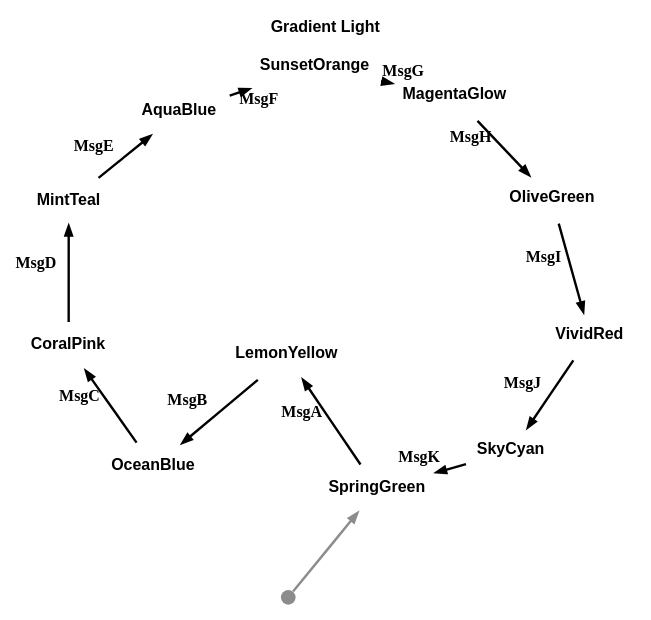
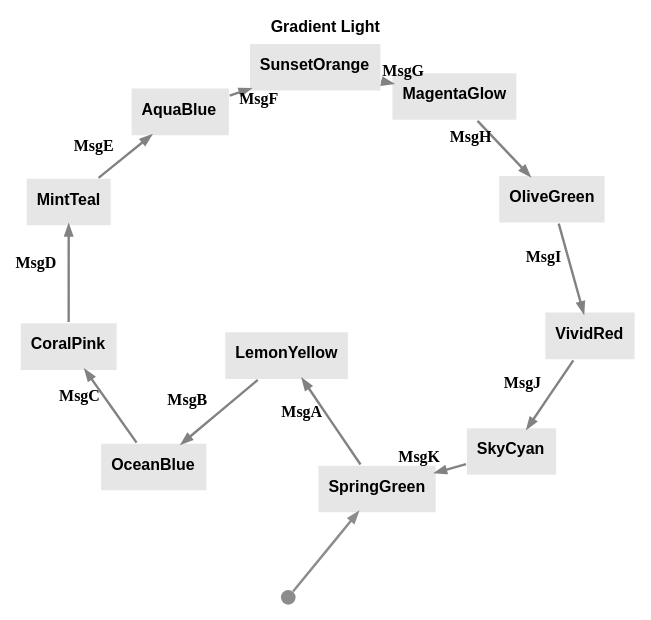
The diagram in graphs/themes/gradient-light.dot (m-bock/purescript-transit), drawn with Graphviz before and after one commit. The commit also changed 25 other files, not shown here.

Commit message:
Refactor graph definitions to enhance visual consistency by updating color attributes for nodes and edges across various dot and svg files. Adjust pen widths and color settings in the Door, Color Ring, and House of Santa Claus examples for improved clarity and aesthetics.

```diff
--- a/graphs/themes/gradient-light.dot
+++ b/graphs/themes/gradient-light.dot
@@ -1,29 +1,29 @@
 digraph 
 {
-rankdir = "TD";fontname = "Arial";label = <<b>Gradient Light</b>>;labelloc = "t";fontsize = 12;bgcolor = "#ffffff"
+rankdir = "TD";fontname = "Arial";label = <<b>Gradient Light</b>>;labelloc = "t";fontsize = 12;bgcolor = "#ffffff";fontcolor = "#000000"
 graph [layout=sfdp;overlap=false, K=2.5, repulsiveforce=4, splines=true];
-SpringGreen [shape = "box", label = <<b>SpringGreen</b>>, fontsize = 12, style = "filled", fillcolor = "#ffffff", fontcolor = "#000000", fontname = "Arial", labelloc = "c", penwidth = 0.0]
+SpringGreen [shape = "box", label = <<b>SpringGreen</b>>, fontsize = 12, style = "filled", fillcolor = "#e6e6e6", fontcolor = "#000000", color = "#ffffff", fontname = "Arial", labelloc = "c", penwidth = 1.0]
 __Start__ [shape = "circle", label = "", width = 0.15, height = 0.15, fixedsize = true, style = "filled", fillcolor = "#8c8c8c", penwidth = 0.0]
 __Start__ -> SpringGreen [color = "#8c8c8c", fontsize = 12, arrowsize = "0.7", penwidth = 1.8]
-SpringGreen -> LemonYellow [color = "#000000", fontcolor = "#000000", fontsize = 12, arrowsize = "0.7", label = <<b>MsgA</b>>, penwidth = 1.8]
-LemonYellow [shape = "box", label = <<b>LemonYellow</b>>, fontsize = 12, style = "filled", fillcolor = "#ffffff", fontcolor = "#000000", fontname = "Arial", labelloc = "c", penwidth = 0.0]
-LemonYellow -> OceanBlue [color = "#000000", fontcolor = "#000000", fontsize = 12, arrowsize = "0.7", label = <<b>MsgB</b>>, penwidth = 1.8]
-OceanBlue [shape = "box", label = <<b>OceanBlue</b>>, fontsize = 12, style = "filled", fillcolor = "#ffffff", fontcolor = "#000000", fontname = "Arial", labelloc = "c", penwidth = 0.0]
-OceanBlue -> CoralPink [color = "#000000", fontcolor = "#000000", fontsize = 12, arrowsize = "0.7", label = <<b>MsgC</b>>, penwidth = 1.8]
-CoralPink [shape = "box", label = <<b>CoralPink</b>>, fontsize = 12, style = "filled", fillcolor = "#ffffff", fontcolor = "#000000", fontname = "Arial", labelloc = "c", penwidth = 0.0]
-CoralPink -> MintTeal [color = "#000000", fontcolor = "#000000", fontsize = 12, arrowsize = "0.7", label = <<b>MsgD</b>>, penwidth = 1.8]
-MintTeal [shape = "box", label = <<b>MintTeal</b>>, fontsize = 12, style = "filled", fillcolor = "#ffffff", fontcolor = "#000000", fontname = "Arial", labelloc = "c", penwidth = 0.0]
-MintTeal -> AquaBlue [color = "#000000", fontcolor = "#000000", fontsize = 12, arrowsize = "0.7", label = <<b>MsgE</b>>, penwidth = 1.8]
-AquaBlue [shape = "box", label = <<b>AquaBlue</b>>, fontsize = 12, style = "filled", fillcolor = "#ffffff", fontcolor = "#000000", fontname = "Arial", labelloc = "c", penwidth = 0.0]
-AquaBlue -> SunsetOrange [color = "#000000", fontcolor = "#000000", fontsize = 12, arrowsize = "0.7", label = <<b>MsgF</b>>, penwidth = 1.8]
-SunsetOrange [shape = "box", label = <<b>SunsetOrange</b>>, fontsize = 12, style = "filled", fillcolor = "#ffffff", fontcolor = "#000000", fontname = "Arial", labelloc = "c", penwidth = 0.0]
-SunsetOrange -> MagentaGlow [color = "#000000", fontcolor = "#000000", fontsize = 12, arrowsize = "0.7", label = <<b>MsgG</b>>, penwidth = 1.8]
-MagentaGlow [shape = "box", label = <<b>MagentaGlow</b>>, fontsize = 12, style = "filled", fillcolor = "#ffffff", fontcolor = "#000000", fontname = "Arial", labelloc = "c", penwidth = 0.0]
-MagentaGlow -> OliveGreen [color = "#000000", fontcolor = "#000000", fontsize = 12, arrowsize = "0.7", label = <<b>MsgH</b>>, penwidth = 1.8]
-OliveGreen [shape = "box", label = <<b>OliveGreen</b>>, fontsize = 12, style = "filled", fillcolor = "#ffffff", fontcolor = "#000000", fontname = "Arial", labelloc = "c", penwidth = 0.0]
-OliveGreen -> VividRed [color = "#000000", fontcolor = "#000000", fontsize = 12, arrowsize = "0.7", label = <<b>MsgI</b>>, penwidth = 1.8]
-VividRed [shape = "box", label = <<b>VividRed</b>>, fontsize = 12, style = "filled", fillcolor = "#ffffff", fontcolor = "#000000", fontname = "Arial", labelloc = "c", penwidth = 0.0]
-VividRed -> SkyCyan [color = "#000000", fontcolor = "#000000", fontsize = 12, arrowsize = "0.7", label = <<b>MsgJ</b>>, penwidth = 1.8]
-SkyCyan [shape = "box", label = <<b>SkyCyan</b>>, fontsize = 12, style = "filled", fillcolor = "#ffffff", fontcolor = "#000000", fontname = "Arial", labelloc = "c", penwidth = 0.0]
-SkyCyan -> SpringGreen [color = "#000000", fontcolor = "#000000", fontsize = 12, arrowsize = "0.7", label = <<b>MsgK</b>>, penwidth = 1.8]
+SpringGreen -> LemonYellow [color = "#828282", fontcolor = "#000000", fontsize = 12, arrowsize = "0.7", label = <<b>MsgA</b>>, penwidth = 1.8]
+LemonYellow [shape = "box", label = <<b>LemonYellow</b>>, fontsize = 12, style = "filled", fillcolor = "#e6e6e6", fontcolor = "#000000", color = "#ffffff", fontname = "Arial", labelloc = "c", penwidth = 1.0]
+LemonYellow -> OceanBlue [color = "#828282", fontcolor = "#000000", fontsize = 12, arrowsize = "0.7", label = <<b>MsgB</b>>, penwidth = 1.8]
+OceanBlue [shape = "box", label = <<b>OceanBlue</b>>, fontsize = 12, style = "filled", fillcolor = "#e6e6e6", fontcolor = "#000000", color = "#ffffff", fontname = "Arial", labelloc = "c", penwidth = 1.0]
+OceanBlue -> CoralPink [color = "#828282", fontcolor = "#000000", fontsize = 12, arrowsize = "0.7", label = <<b>MsgC</b>>, penwidth = 1.8]
+CoralPink [shape = "box", label = <<b>CoralPink</b>>, fontsize = 12, style = "filled", fillcolor = "#e6e6e6", fontcolor = "#000000", color = "#ffffff", fontname = "Arial", labelloc = "c", penwidth = 1.0]
+CoralPink -> MintTeal [color = "#828282", fontcolor = "#000000", fontsize = 12, arrowsize = "0.7", label = <<b>MsgD</b>>, penwidth = 1.8]
+MintTeal [shape = "box", label = <<b>MintTeal</b>>, fontsize = 12, style = "filled", fillcolor = "#e6e6e6", fontcolor = "#000000", color = "#ffffff", fontname = "Arial", labelloc = "c", penwidth = 1.0]
+MintTeal -> AquaBlue [color = "#828282", fontcolor = "#000000", fontsize = 12, arrowsize = "0.7", label = <<b>MsgE</b>>, penwidth = 1.8]
+AquaBlue [shape = "box", label = <<b>AquaBlue</b>>, fontsize = 12, style = "filled", fillcolor = "#e6e6e6", fontcolor = "#000000", color = "#ffffff", fontname = "Arial", labelloc = "c", penwidth = 1.0]
+AquaBlue -> SunsetOrange [color = "#828282", fontcolor = "#000000", fontsize = 12, arrowsize = "0.7", label = <<b>MsgF</b>>, penwidth = 1.8]
+SunsetOrange [shape = "box", label = <<b>SunsetOrange</b>>, fontsize = 12, style = "filled", fillcolor = "#e6e6e6", fontcolor = "#000000", color = "#ffffff", fontname = "Arial", labelloc = "c", penwidth = 1.0]
+SunsetOrange -> MagentaGlow [color = "#828282", fontcolor = "#000000", fontsize = 12, arrowsize = "0.7", label = <<b>MsgG</b>>, penwidth = 1.8]
+MagentaGlow [shape = "box", label = <<b>MagentaGlow</b>>, fontsize = 12, style = "filled", fillcolor = "#e6e6e6", fontcolor = "#000000", color = "#ffffff", fontname = "Arial", labelloc = "c", penwidth = 1.0]
+MagentaGlow -> OliveGreen [color = "#828282", fontcolor = "#000000", fontsize = 12, arrowsize = "0.7", label = <<b>MsgH</b>>, penwidth = 1.8]
+OliveGreen [shape = "box", label = <<b>OliveGreen</b>>, fontsize = 12, style = "filled", fillcolor = "#e6e6e6", fontcolor = "#000000", color = "#ffffff", fontname = "Arial", labelloc = "c", penwidth = 1.0]
+OliveGreen -> VividRed [color = "#828282", fontcolor = "#000000", fontsize = 12, arrowsize = "0.7", label = <<b>MsgI</b>>, penwidth = 1.8]
+VividRed [shape = "box", label = <<b>VividRed</b>>, fontsize = 12, style = "filled", fillcolor = "#e6e6e6", fontcolor = "#000000", color = "#ffffff", fontname = "Arial", labelloc = "c", penwidth = 1.0]
+VividRed -> SkyCyan [color = "#828282", fontcolor = "#000000", fontsize = 12, arrowsize = "0.7", label = <<b>MsgJ</b>>, penwidth = 1.8]
+SkyCyan [shape = "box", label = <<b>SkyCyan</b>>, fontsize = 12, style = "filled", fillcolor = "#e6e6e6", fontcolor = "#000000", color = "#ffffff", fontname = "Arial", labelloc = "c", penwidth = 1.0]
+SkyCyan -> SpringGreen [color = "#828282", fontcolor = "#000000", fontsize = 12, arrowsize = "0.7", label = <<b>MsgK</b>>, penwidth = 1.8]
 }
```
